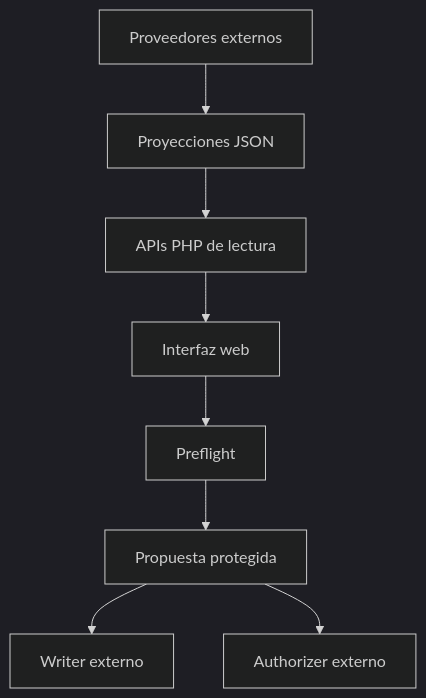
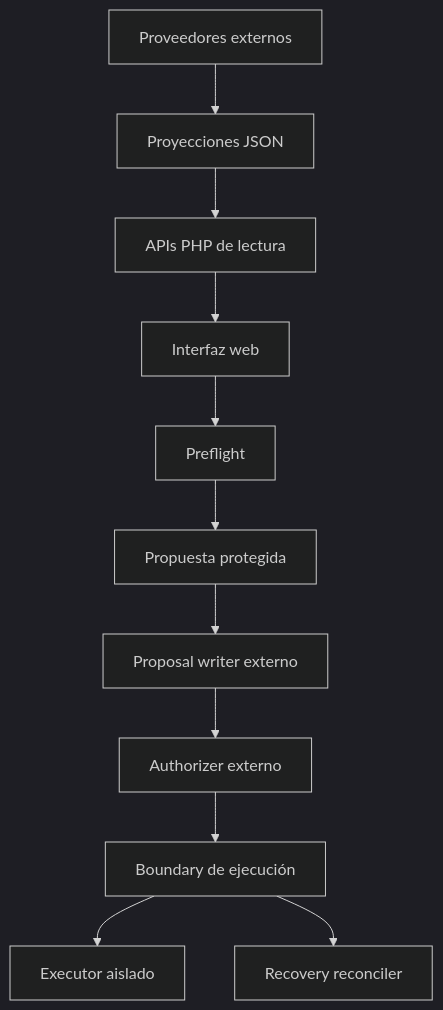
Before and after one commit to ProgDeveloperr/homelab-infrastructure: the diagram in apps/centro-multimedia/README.md, drawn with Mermaid (dark theme). The commit also changed other lines of this file and 1 other file, not shown here.

Commit message:
docs: update Centro Multimedia architecture

````diff
--- a/apps/centro-multimedia/README.md
+++ b/apps/centro-multimedia/README.md
@@ -28,10 +28,13 @@
 ```mermaid
 flowchart TD
     A[Proveedores externos] --> B[Proyecciones JSON]
     B --> C[APIs PHP de lectura]
     C --> D[Interfaz web]
     D --> E[Preflight]
     E --> F[Propuesta protegida]
-    F --> G[Writer externo]
-    F --> H[Authorizer externo]
+    F --> G[Proposal writer externo]
+    G --> H[Authorizer externo]
+    H --> I[Boundary de ejecución]
+    I --> J[Executor aislado]
+    I --> K[Recovery reconciler]
 ```
````
